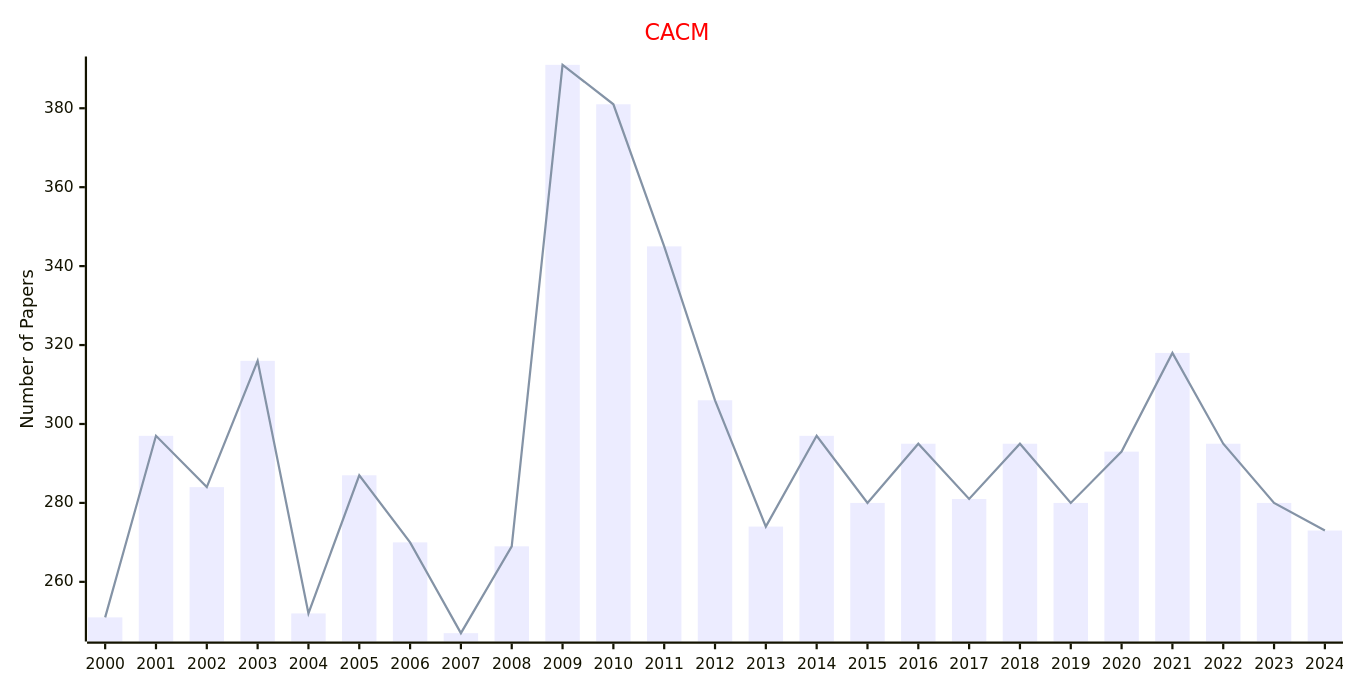
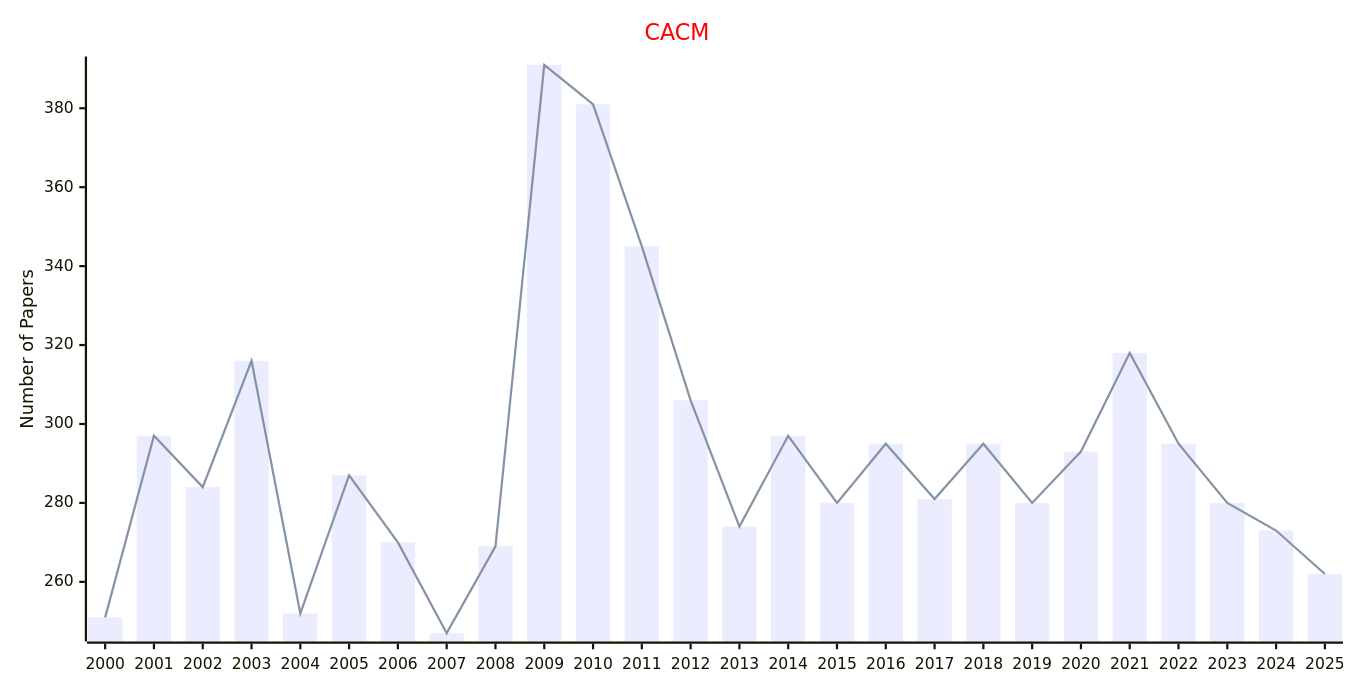
Before and after one commit to Easy-PhD/AILinks: the first of 9 diagrams in docs/data/Journals/Statistics_Journals/Computer_Science.md, drawn with Mermaid. The commit also changed other lines of this file and 93 other files, not shown here.

````diff
--- a/docs/data/Journals/Statistics_Journals/Computer_Science.md
+++ b/docs/data/Journals/Statistics_Journals/Computer_Science.md
@@ -9,17 +9,17 @@
 ```mermaid
 ---
 config:
     xyChart:
         width: 1200
         height: 600
     themeVariables:
         xyChart:
             titleColor: "#ff0000"
 ---
 xychart-beta
     title "CACM"
-    x-axis [2000, 2001, 2002, 2003, 2004, 2005, 2006, 2007, 2008, 2009, 2010, 2011, 2012, 2013, 2014, 2015, 2016, 2017, 2018, 2019, 2020, 2021, 2022, 2023, 2024]
+    x-axis [2000, 2001, 2002, 2003, 2004, 2005, 2006, 2007, 2008, 2009, 2010, 2011, 2012, 2013, 2014, 2015, 2016, 2017, 2018, 2019, 2020, 2021, 2022, 2023, 2024, 2025]
     y-axis "Number of Papers"
-    bar [251, 297, 284, 316, 252, 287, 270, 247, 269, 391, 381, 345, 306, 274, 297, 280, 295, 281, 295, 280, 293, 318, 295, 280, 273]
-    line [251, 297, 284, 316, 252, 287, 270, 247, 269, 391, 381, 345, 306, 274, 297, 280, 295, 281, 295, 280, 293, 318, 295, 280, 273]
+    bar [251, 297, 284, 316, 252, 287, 270, 247, 269, 391, 381, 345, 306, 274, 297, 280, 295, 281, 295, 280, 293, 318, 295, 280, 273, 262]
+    line [251, 297, 284, 316, 252, 287, 270, 247, 269, 391, 381, 345, 306, 274, 297, 280, 295, 281, 295, 280, 293, 318, 295, 280, 273, 262]
 ```
````
